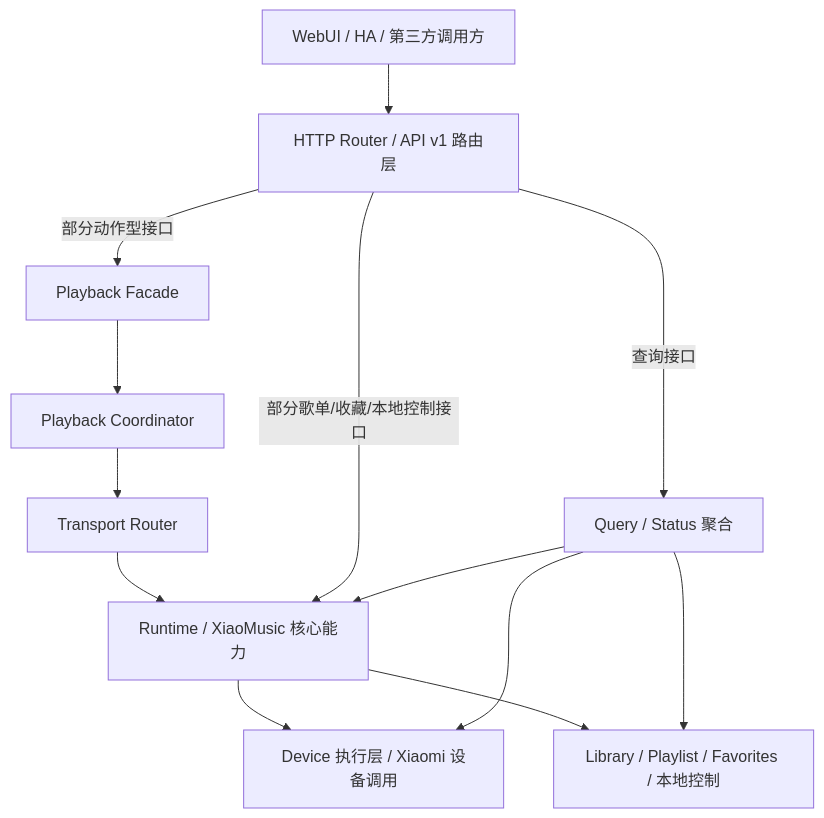
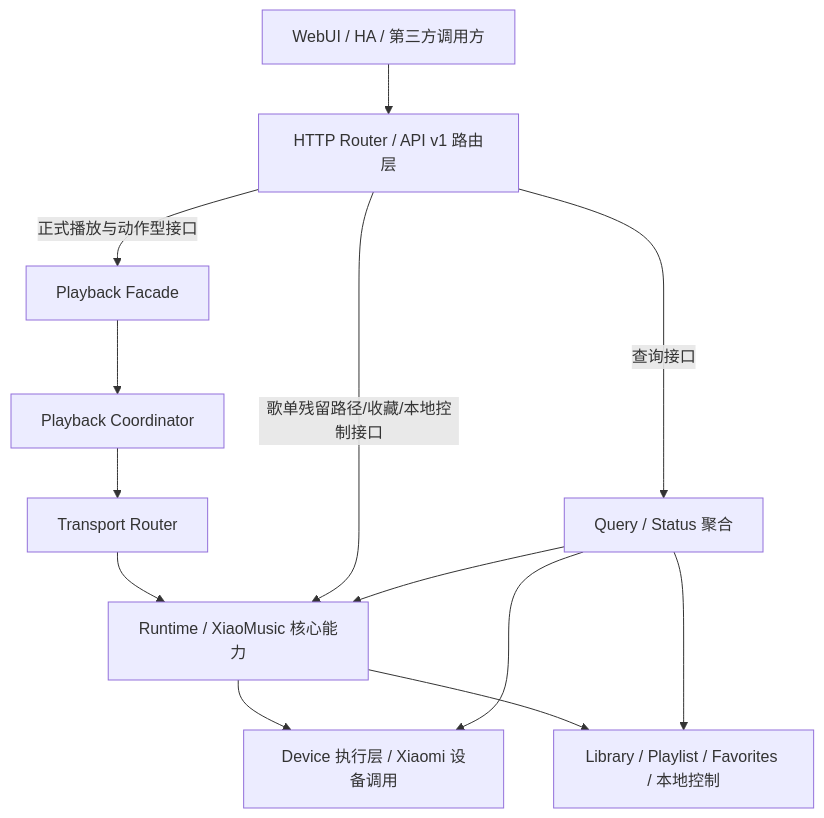
The first of 2 diagrams in ARCHITECTURE.md (Akari787/xiaomusic-core), drawn with Mermaid before and after one commit. The commit also changed other lines of this file and 1 other file, not shown here.

````diff
--- a/ARCHITECTURE.md
+++ b/ARCHITECTURE.md
@@ -59,30 +66,30 @@
 ```mermaid
 flowchart TD
     U[WebUI / HA / 第三方调用方]
     R[HTTP Router / API v1 路由层]
 
     F[Playback Facade]
     C[Playback Coordinator]
     T[Transport Router]
 
     X[Runtime / XiaoMusic 核心能力]
     D[Device 执行层 / Xiaomi 设备调用]
     L[Library / Playlist / Favorites / 本地控制]
     Q[Query / Status 聚合]
 
     U --> R
 
-    R -->|部分动作型接口| F
+    R -->|正式播放与动作型接口| F
     F --> C
     C --> T
     T --> X
     X --> D
 
-    R -->|部分歌单/收藏/本地控制接口| X
+    R -->|歌单残留路径/收藏/本地控制接口| X
     X --> L
 
     R -->|查询接口| Q
     Q --> X
     Q --> D
     Q --> L
 ```
````
